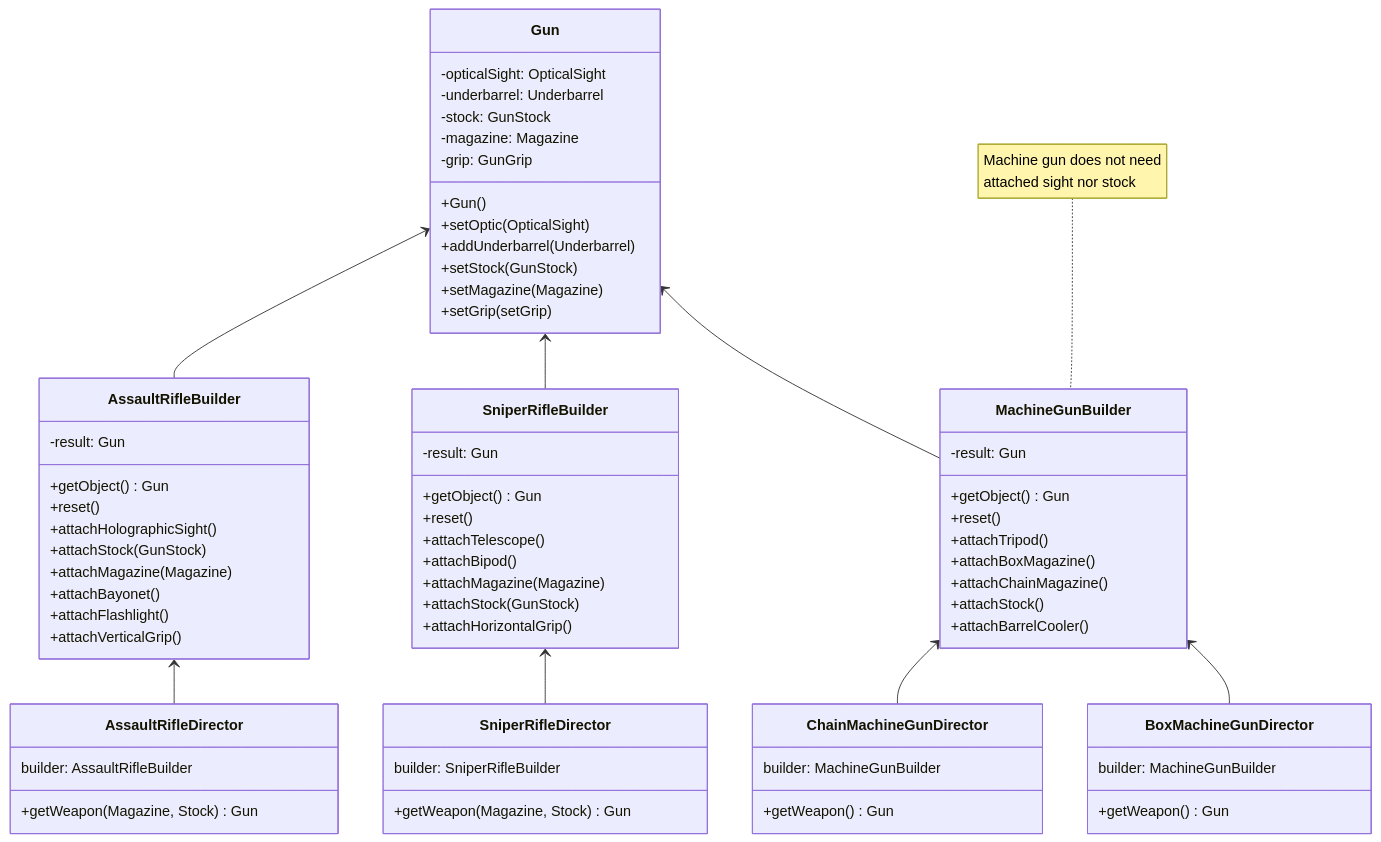
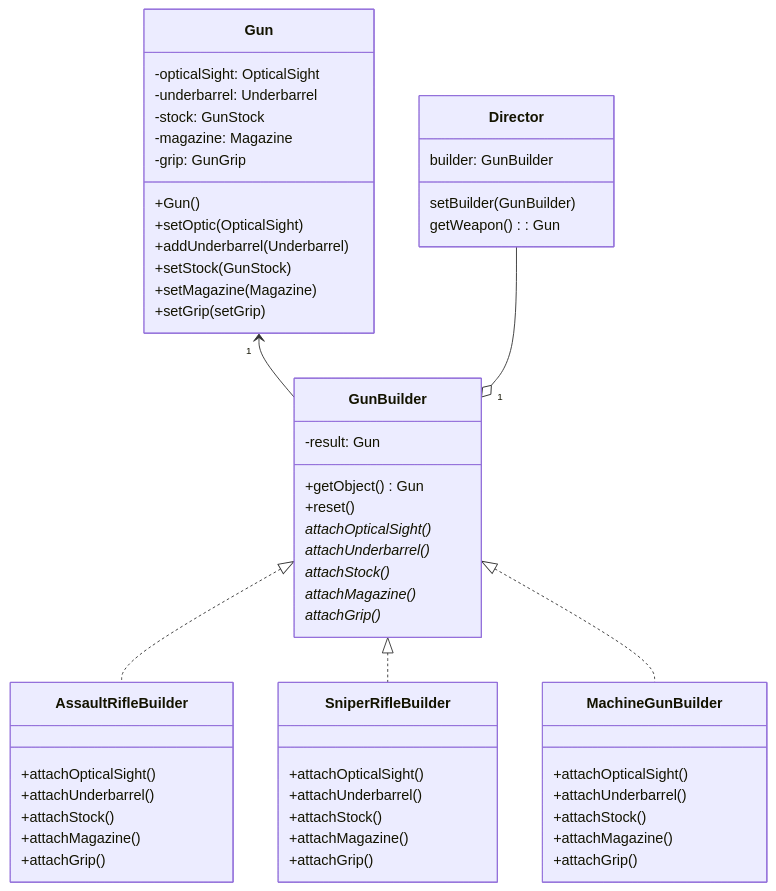
Before and after one commit to Bix2llets/CS202---Seminar: the fifth of 5 diagrams in 1. Builder/Builder.md, drawn with Mermaid. The commit also changed other lines of this file, not shown here.

Commit message:
Fix the implementation diagram

````diff
--- a/1. Builder/Builder.md
+++ b/1. Builder/Builder.md
@@ -154,81 +156,62 @@
 ```mermaid
 classDiagram
 class Gun {
     -opticalSight: OpticalSight
     -underbarrel: Underbarrel
     -stock: GunStock
     -magazine: Magazine
     -grip: GunGrip
     +Gun()
     +setOptic(OpticalSight)
     +addUnderbarrel(Underbarrel)
     +setStock(GunStock)
     +setMagazine(Magazine)
     +setGrip(setGrip)
 }
 
-class AssaultRifleBuilder {
+class GunBuilder {
     -result: Gun
     +getObject() Gun
     +reset()
-    +attachHolographicSight()
-    +attachStock(GunStock)
-    +attachMagazine(Magazine)
-    +attachBayonet()
-    +attachFlashlight()
-    +attachVerticalGrip()
+
+    attachOpticalSight()*
+    attachUnderbarrel()*
+    attachStock()*
+    attachMagazine()*
+    attachGrip()*
+}
+Gun "1" <-- GunBuilder
+GunBuilder <|.. AssaultRifleBuilder
+GunBuilder <|.. SniperRifleBuilder
+GunBuilder <|.. MachineGunBuilder
+class AssaultRifleBuilder {
+    +attachOpticalSight()
+    +attachUnderbarrel()
+    +attachStock()
+    +attachMagazine()
+    +attachGrip()
+}
+class SniperRifleBuilder {
+    +attachOpticalSight()
+    +attachUnderbarrel()
+    +attachStock()
+    +attachMagazine()
+    +attachGrip()
+}
+class MachineGunBuilder {
+    +attachOpticalSight()
+    +attachUnderbarrel()
+    +attachStock()
+    +attachMagazine()
+    +attachGrip()
+}
+Director --o "1" GunBuilder
+class Director {
+    builder: GunBuilder
+
+    setBuilder(GunBuilder)
+    getWeapon(): Gun
 }
 
-class SniperRifleBuilder {
-    -result: Gun
-    +getObject() Gun
-    +reset()
-    
-    +attachTelescope()
-    +attachBipod()
-    +attachMagazine(Magazine)
-    +attachStock(GunStock)
-    +attachHorizontalGrip()
-}
-class MachineGunBuilder {
-    -result: Gun
-
-    +getObject() Gun
-    +reset()
-
-    +attachTripod()
-    +attachBoxMagazine()
-    +attachChainMagazine()
-    +attachStock()
-    +attachBarrelCooler()
-}
-note for MachineGunBuilder "Machine gun does not need
- attached sight nor stock"
-Gun <-- AssaultRifleBuilder
-Gun <-- SniperRifleBuilder
-Gun <-- MachineGunBuilder
-AssaultRifleBuilder <-- AssaultRifleDirector
-SniperRifleBuilder <-- SniperRifleDirector
-MachineGunBuilder <-- ChainMachineGunDirector
-MachineGunBuilder <-- BoxMachineGunDirector
-
-class AssaultRifleDirector {
-    builder: AssaultRifleBuilder
-    +getWeapon(Magazine, Stock) Gun
-}
-
-class SniperRifleDirector {
-    builder: SniperRifleBuilder
-    +getWeapon(Magazine, Stock) Gun
-}
-class BoxMachineGunDirector {
-    builder: MachineGunBuilder
-    +getWeapon() Gun
-}
-
-class ChainMachineGunDirector {
-    builder: MachineGunBuilder
-    +getWeapon() Gun
-}
 
 ```
````
